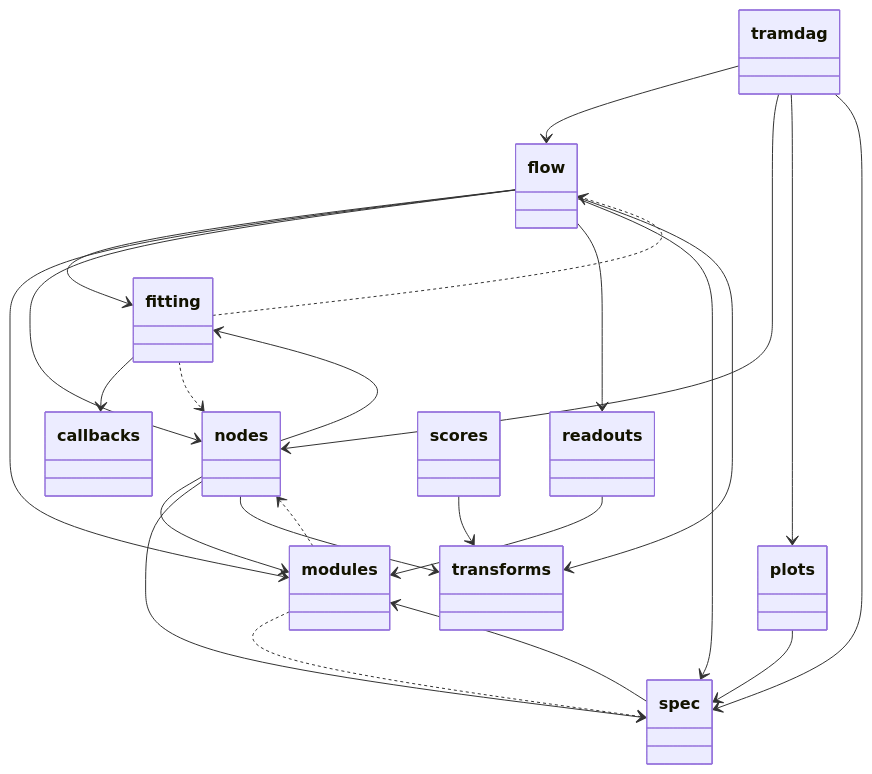
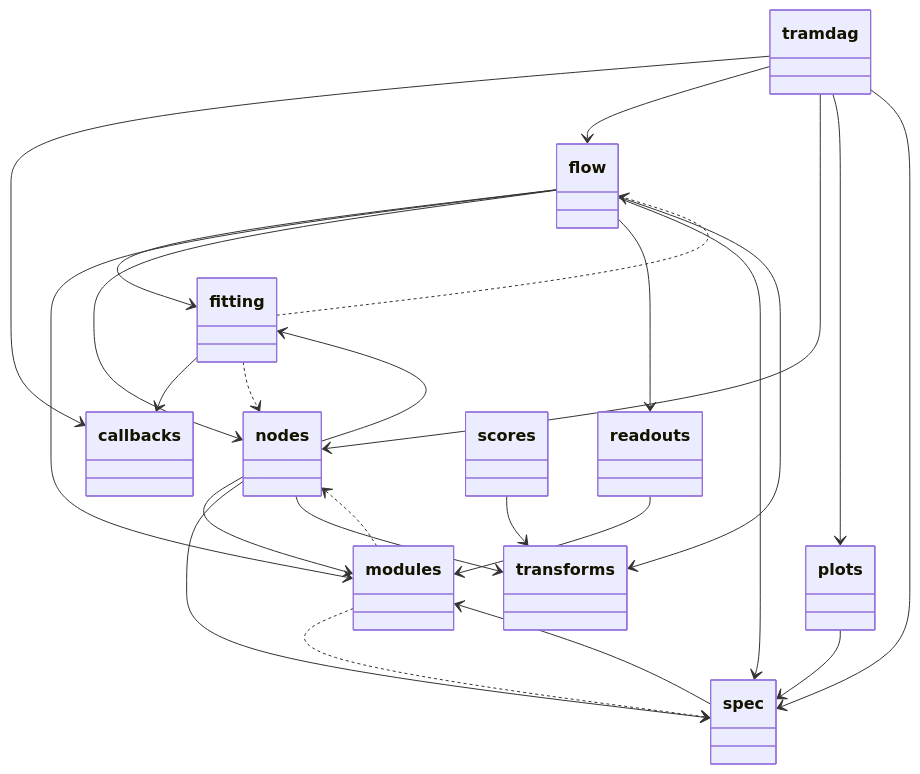
The third of 6 diagrams in docs/architecture.md (tensorchiefs/tramdag), drawn with Mermaid before and after one commit. The commit also changed other lines of this file and 1 other file, not shown here.

First line of the commit message:
docs: regenerate the architecture diagrams

````diff
--- a/docs/architecture.md
+++ b/docs/architecture.md
@@ -156,48 +156,49 @@
 ```mermaid
 classDiagram
   class tramdag {
   }
   class callbacks {
   }
   class fitting {
   }
   class flow {
   }
   class modules {
   }
   class nodes {
   }
   class plots {
   }
   class readouts {
   }
   class scores {
   }
   class spec {
   }
   class transforms {
   }
+  tramdag --> callbacks
   tramdag --> flow
   tramdag --> nodes
   tramdag --> plots
   tramdag --> spec
   fitting --> callbacks
   flow --> fitting
   flow --> modules
   flow --> nodes
   flow --> readouts
   flow --> spec
   flow --> transforms
   nodes --> fitting
   nodes --> modules
   nodes --> spec
   nodes --> transforms
   plots --> spec
   readouts --> modules
   scores --> transforms
   spec --> modules
   fitting ..> flow
   fitting ..> nodes
   modules ..> nodes
   modules ..> spec
 ```
````
